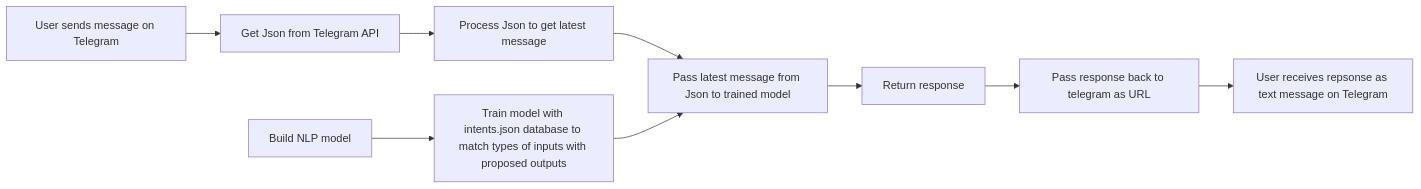
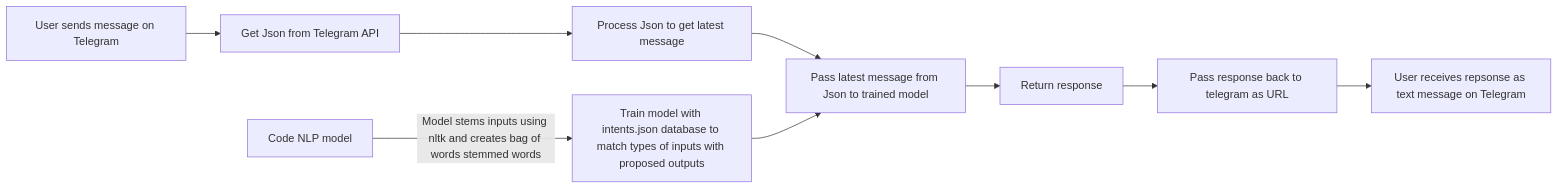
The diagram in README.md (cjl12377/Personal-Telegram-Bot), drawn with Mermaid before and after one commit. The commit also changed other lines of this file, not shown here.

````diff
--- a/README.md
+++ b/README.md
@@ -15,6 +14,6 @@
 ```mermaid
 graph LR
  A[User sends message on Telegram] --> B[Get Json from Telegram API] --> C[Process Json to get latest message] --> F
- D[Build NLP model] --> E[Train model with intents.json database to match types of inputs with proposed outputs]
+ D[Code NLP model]--> |Model stems inputs using nltk and creates bag of words stemmed words| E[Train model with intents.json database to match types of inputs with proposed outputs]
  E --> F[Pass latest message from Json to trained model] --> G[Return response] --> H[Pass response back to telegram as URL] --> I[User receives repsonse as text message on Telegram]
 ```
````
